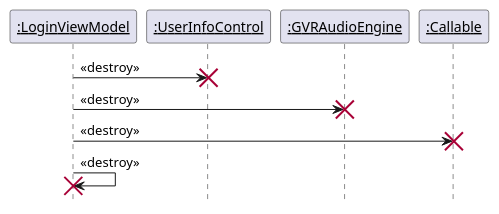
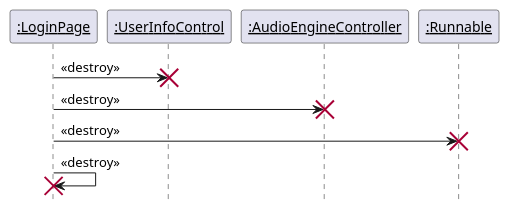
Diagram 16 of 20 in 设计/软件架构文档.md (kpp19920121/doc), drawn with PlantUML before and after one commit. The commit also changed other lines of this file and 1 other file, not shown here.

````diff
--- a/设计/软件架构文档.md
+++ b/设计/软件架构文档.md
@@ -741,19 +730,19 @@
 ``` PlantUML
 @startuml Diagrams/AppOff
 hide footbox
 skinparam sequenceParticipant underline
-Participant ":LoginViewModel" as LoginViewModel
+Participant ":LoginPage" as LoginViewModel
 Participant ":UserInfoControl" as UserInfoControl
-Participant ":GVRAudioEngine" as GVRAudioEngine
-Participant ":Callable" as Callable
+Participant ":AudioEngineController" as GVRAudioEngine
+Participant ":Runnable" as Callable
 
 LoginViewModel -> UserInfoControl: <<destroy>>
 destroy UserInfoControl
 LoginViewModel -> GVRAudioEngine: <<destroy>>
 destroy GVRAudioEngine
 LoginViewModel -> Callable: <<destroy>>
 destroy Callable
 LoginViewModel -> LoginViewModel: <<destroy>>
 destroy LoginViewModel
 @enduml
 ```
````
